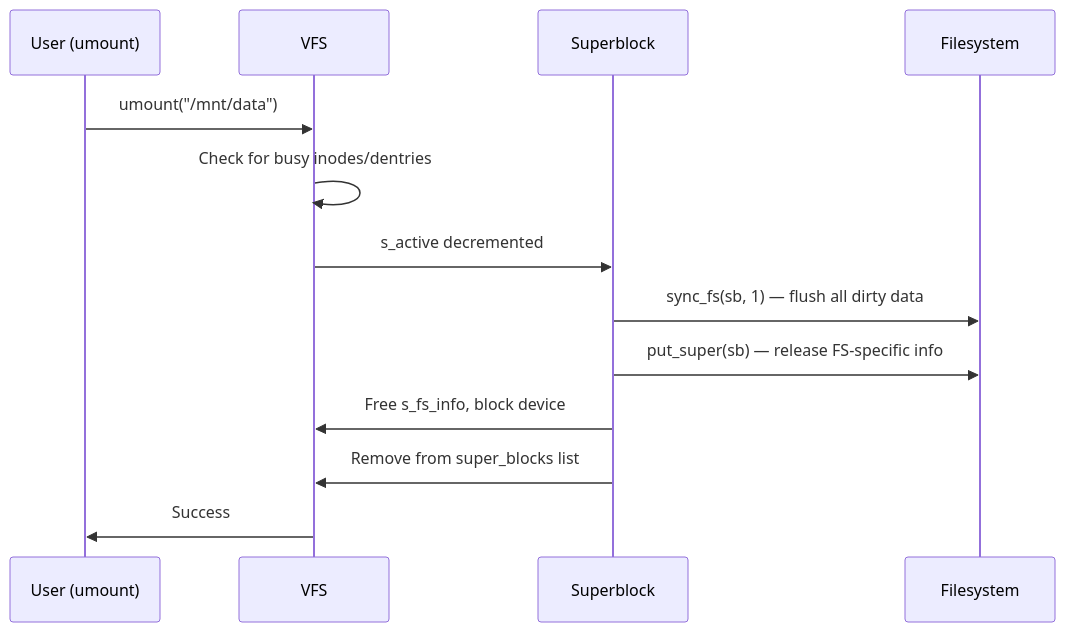
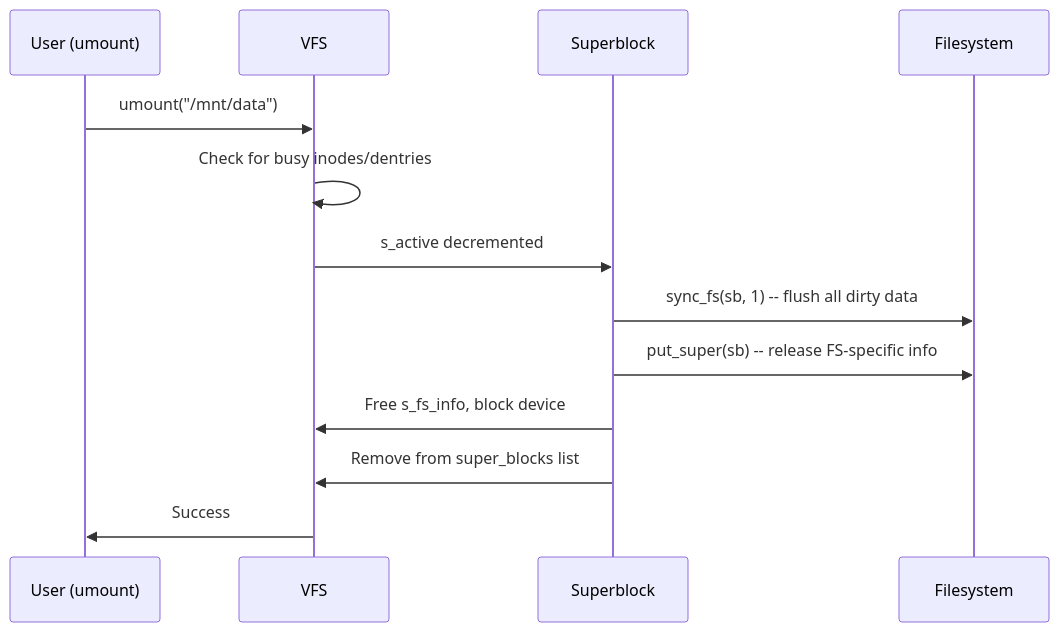
The second of 3 diagrams in src/kernel/filesystems/superblock.md (Abhinav-Kumar012/lb2), drawn with Mermaid before and after one commit. The commit also changed 211 other files, not shown here.

First line of the commit message:
fix: mermaid syntax issues across 212 files

````diff
--- a/src/kernel/filesystems/superblock.md
+++ b/src/kernel/filesystems/superblock.md
@@ -170,16 +170,16 @@
 ```mermaid
 sequenceDiagram
     participant U as User (umount)
     participant VFS as VFS
     participant SB as Superblock
     participant FS as Filesystem
 
     U->>VFS: umount("/mnt/data")
     VFS->>VFS: Check for busy inodes/dentries
     VFS->>SB: s_active decremented
-    SB->>FS: sync_fs(sb, 1) — flush all dirty data
-    SB->>FS: put_super(sb) — release FS-specific info
+    SB->>FS: sync_fs(sb, 1) -- flush all dirty data
+    SB->>FS: put_super(sb) -- release FS-specific info
     SB->>VFS: Free s_fs_info, block device
     SB->>VFS: Remove from super_blocks list
     VFS->>U: Success
 ```
````
